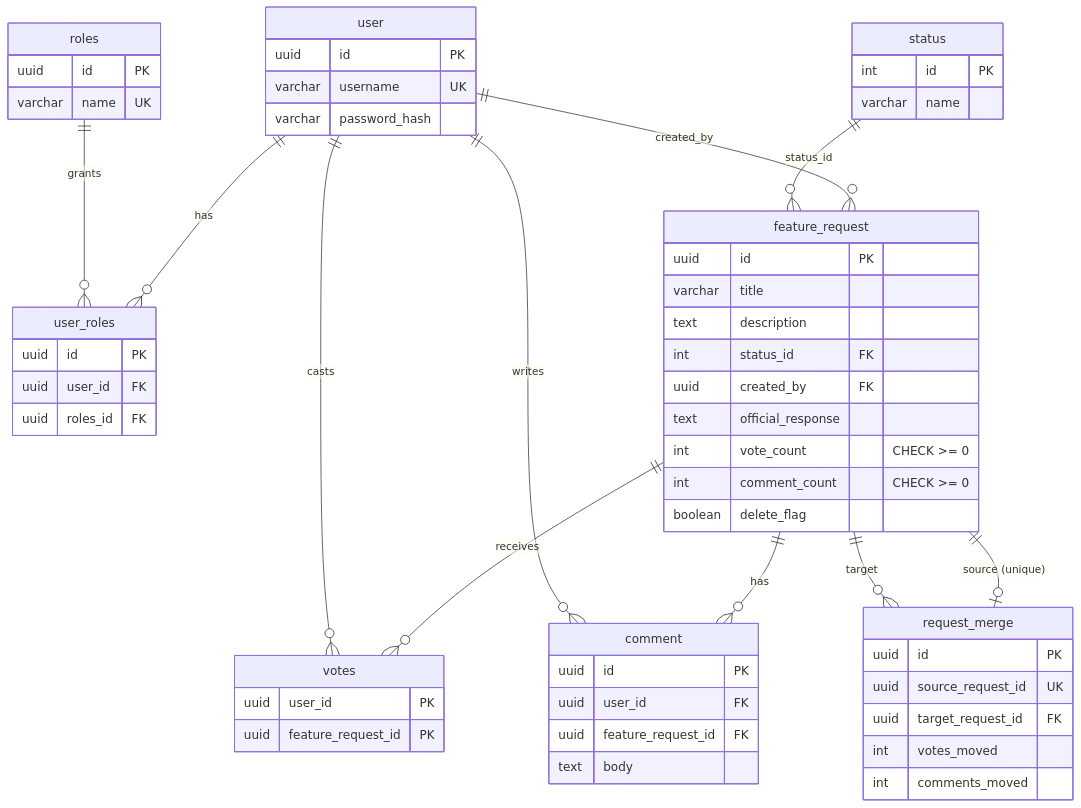
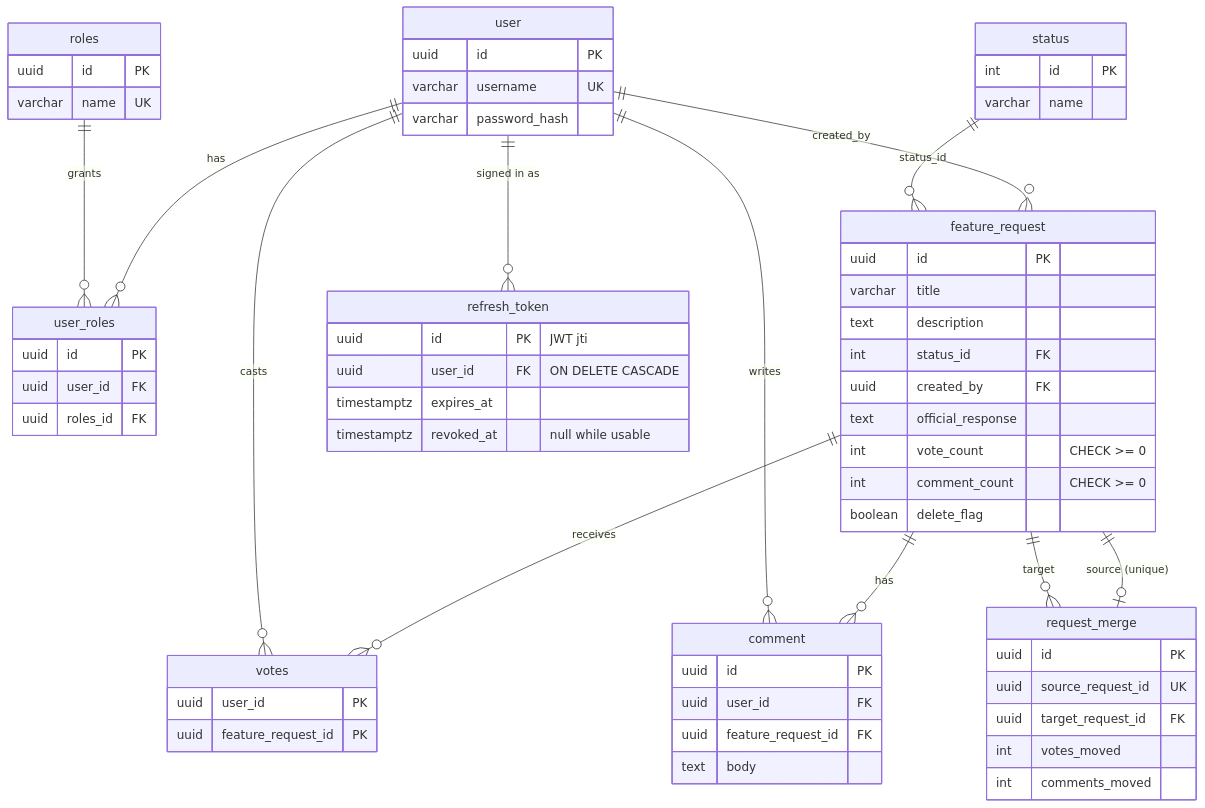
One commit to dayanaathira/assessment-platform-voting changed the second of 5 diagrams in README.md. Above: the diagram before and after it, drawn with Mermaid. The commit also changed other lines of this file, not shown here.

````diff
--- a/README.md
+++ b/README.md
@@ -123,60 +127,67 @@
 ```mermaid
 erDiagram
     user ||--o{ user_roles : has
     roles ||--o{ user_roles : grants
     user ||--o{ feature_request : "created_by"
     status ||--o{ feature_request : status_id
     feature_request ||--o{ votes : receives
     user ||--o{ votes : casts
     feature_request ||--o{ comment : has
     user ||--o{ comment : writes
     feature_request ||--o| request_merge : "source (unique)"
     feature_request ||--o{ request_merge : target
+    user ||--o{ refresh_token : "signed in as"
 
     user {
         uuid id PK
         varchar username UK
         varchar password_hash
     }
     roles {
         uuid id PK
         varchar name UK
     }
     user_roles {
         uuid id PK
         uuid user_id FK
         uuid roles_id FK
     }
     status {
         int id PK
         varchar name
     }
     feature_request {
         uuid id PK
         varchar title
         text description
         int status_id FK
         uuid created_by FK
         text official_response
         int vote_count "CHECK >= 0"
         int comment_count "CHECK >= 0"
         boolean delete_flag
     }
     votes {
         uuid user_id PK
         uuid feature_request_id PK
     }
     comment {
         uuid id PK
         uuid user_id FK
         uuid feature_request_id FK
         text body
     }
     request_merge {
         uuid id PK
         uuid source_request_id UK
         uuid target_request_id FK
         int votes_moved
         int comments_moved
     }
+    refresh_token {
+        uuid id PK "JWT jti"
+        uuid user_id FK "ON DELETE CASCADE"
+        timestamptz expires_at
+        timestamptz revoked_at "null while usable"
+    }
 ```
````
